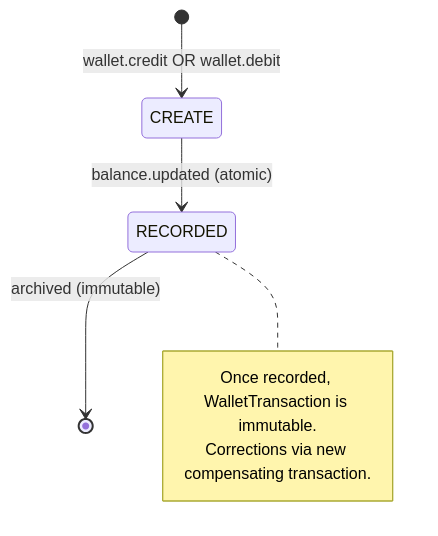
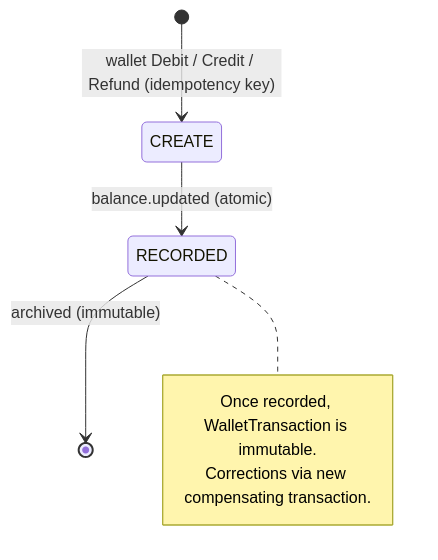
Before and after one commit to tgiap04/examio: the diagram in docs/flows/FLOW006_wallet-transaction.md, drawn with Mermaid. The commit also changed other lines of this file and 26 other files, not shown here.

First line of the commit message:
docs: sync architecture, system and generated docs with the microservice build

````diff
--- a/docs/flows/FLOW006_wallet-transaction.md
+++ b/docs/flows/FLOW006_wallet-transaction.md
@@ -10,10 +10,10 @@
 ```mermaid
 stateDiagram-v2
-    [*] --> CREATE : wallet.credit OR wallet.debit
+    [*] --> CREATE : wallet Debit / Credit / Refund (idempotency key)
     CREATE --> RECORDED : balance.updated (atomic)
     RECORDED --> [*] : archived (immutable)
     note right of RECORDED
       Once recorded, WalletTransaction is immutable.
       Corrections via new compensating transaction.
     end note
 ```
````
